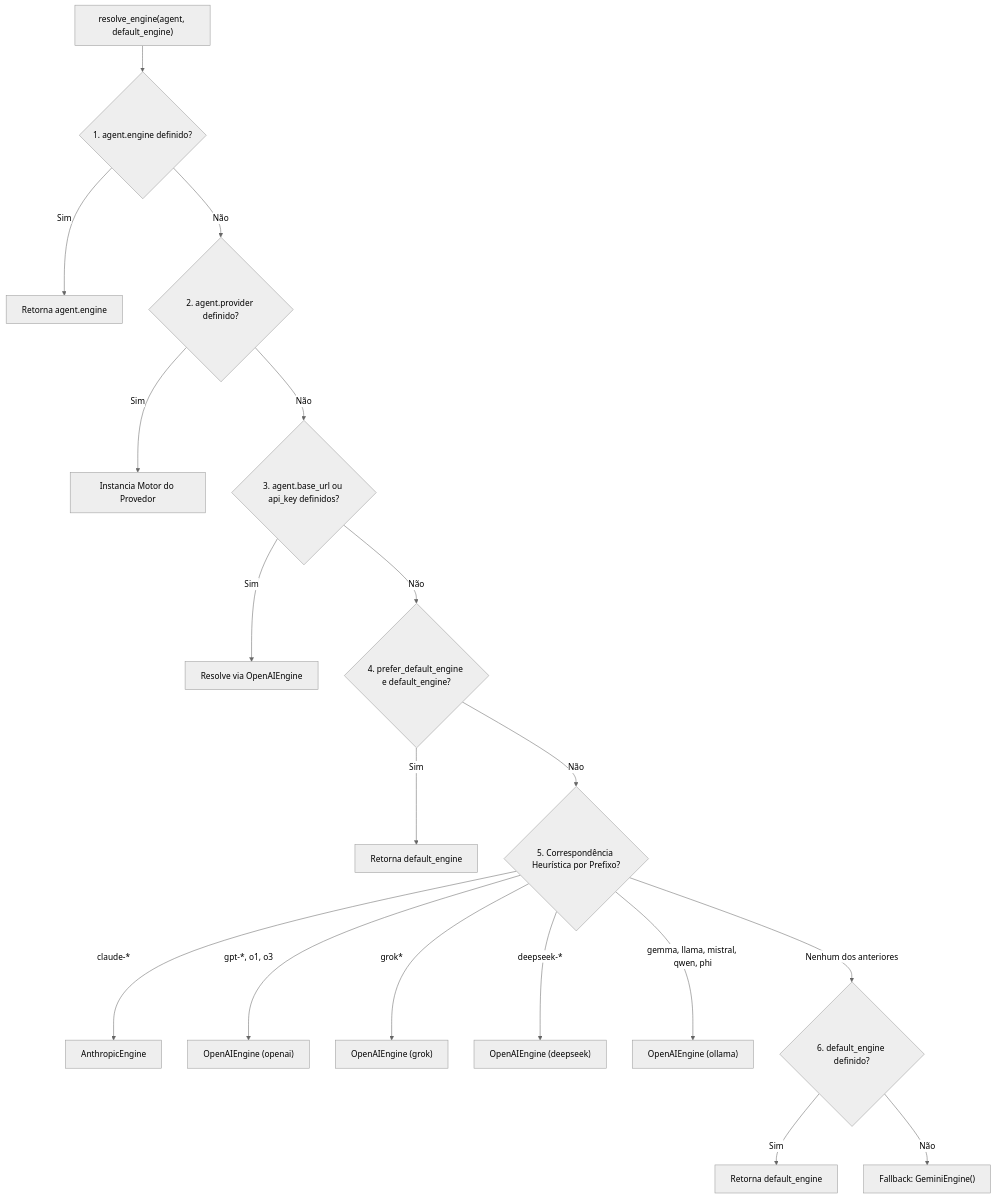
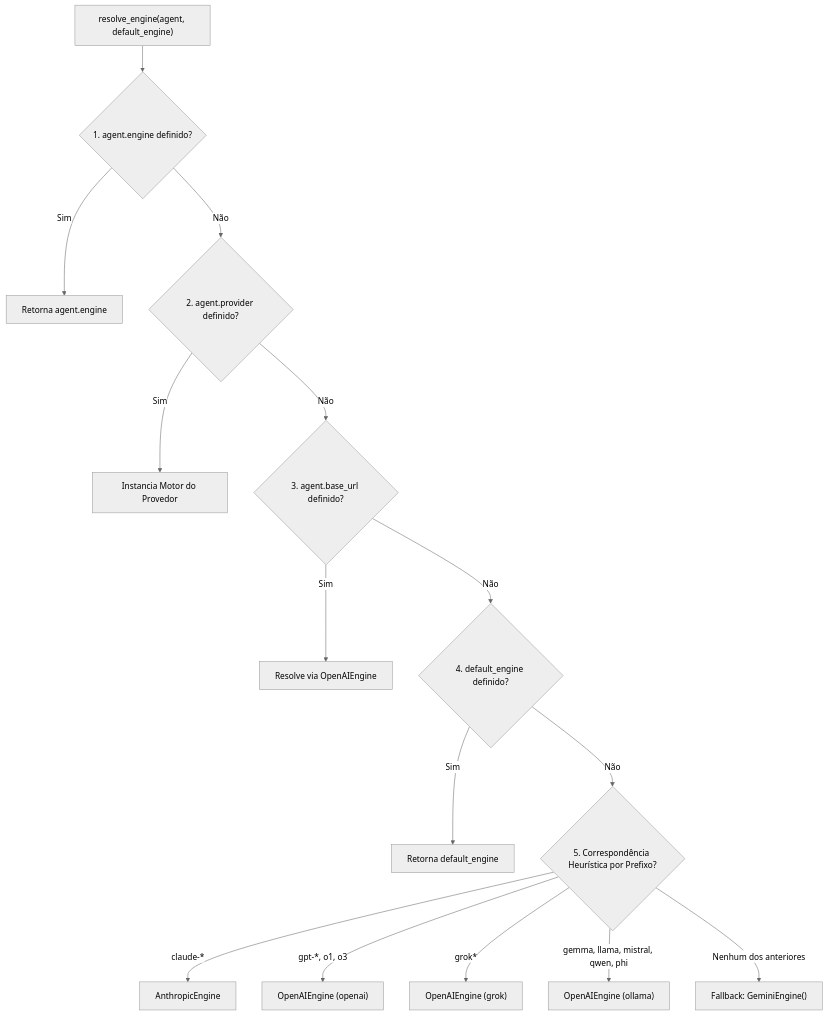
The diagram in content/docs/pt-BR/v0.3/providers/index.mdx (GustavoBaranda/chatflow-agent-web), drawn with Mermaid (neutral theme) before and after one commit. The commit also changed other lines of this file and 133 other files, not shown here.

````diff
--- a/content/docs/pt-BR/v0.3/providers/index.mdx
+++ b/content/docs/pt-BR/v0.3/providers/index.mdx
@@ -93,20 +95,17 @@
 ```mermaid
 flowchart TD
     Start["resolve_engine(agent, default_engine)"] --> C1{"1. agent.engine definido?"}
     C1 -- Sim --> R1["Retorna agent.engine"]
     C1 -- Não --> C2{"2. agent.provider definido?"}
     C2 -- Sim --> R2["Instancia Motor do Provedor"]
-    C2 -- Não --> C3{"3. agent.base_url ou api_key definidos?"}
+    C2 -- Não --> C3{"3. agent.base_url definido?"}
     C3 -- Sim --> R3["Resolve via OpenAIEngine"]
-    C3 -- Não --> C4{"4. prefer_default_engine e default_engine?"}
+    C3 -- Não --> C4{"4. default_engine definido?"}
     C4 -- Sim --> R4["Retorna default_engine"]
     C4 -- Não --> C5{"5. Correspondência Heurística por Prefixo?"}
     C5 -- claude-* --> R5A["AnthropicEngine"]
     C5 -- gpt-*, o1, o3 --> R5B["OpenAIEngine (openai)"]
     C5 -- grok* --> R5C["OpenAIEngine (grok)"]
-    C5 -- deepseek-* --> R5D["OpenAIEngine (deepseek)"]
-    C5 -- gemma, llama, mistral, qwen, phi --> R5E["OpenAIEngine (ollama)"]
-    C5 -- Nenhum dos anteriores --> C6{"6. default_engine definido?"}
-    C6 -- Sim --> R6["Retorna default_engine"]
-    C6 -- Não --> R7["Fallback: GeminiEngine()"]
+    C5 -- gemma, llama, mistral, qwen, phi --> R5D["OpenAIEngine (ollama)"]
+    C5 -- Nenhum dos anteriores --> R6["Fallback: GeminiEngine()"]
 ```
````
